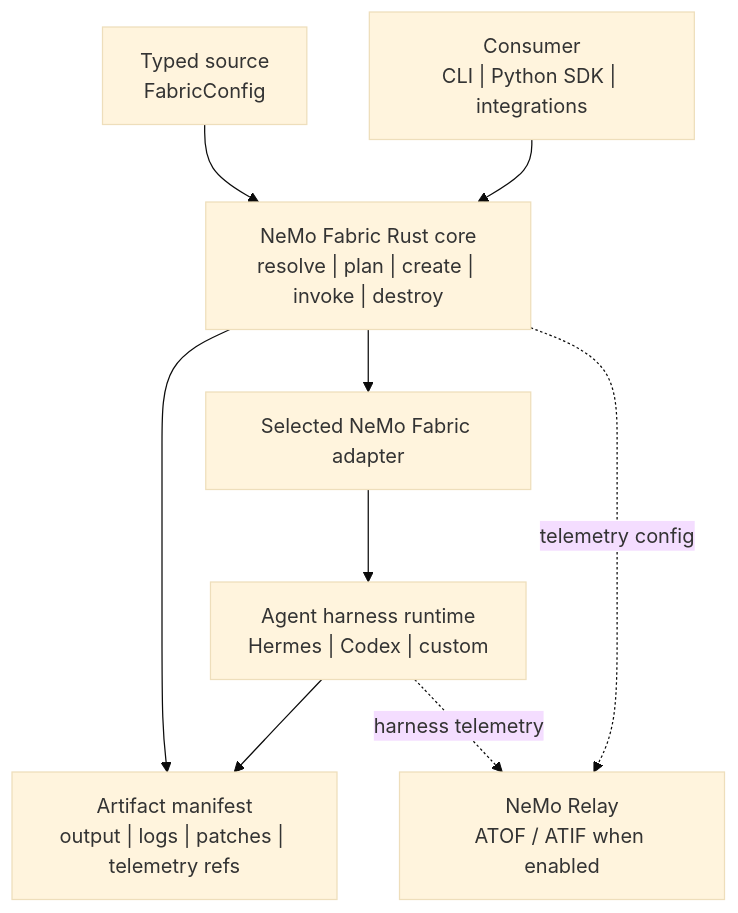
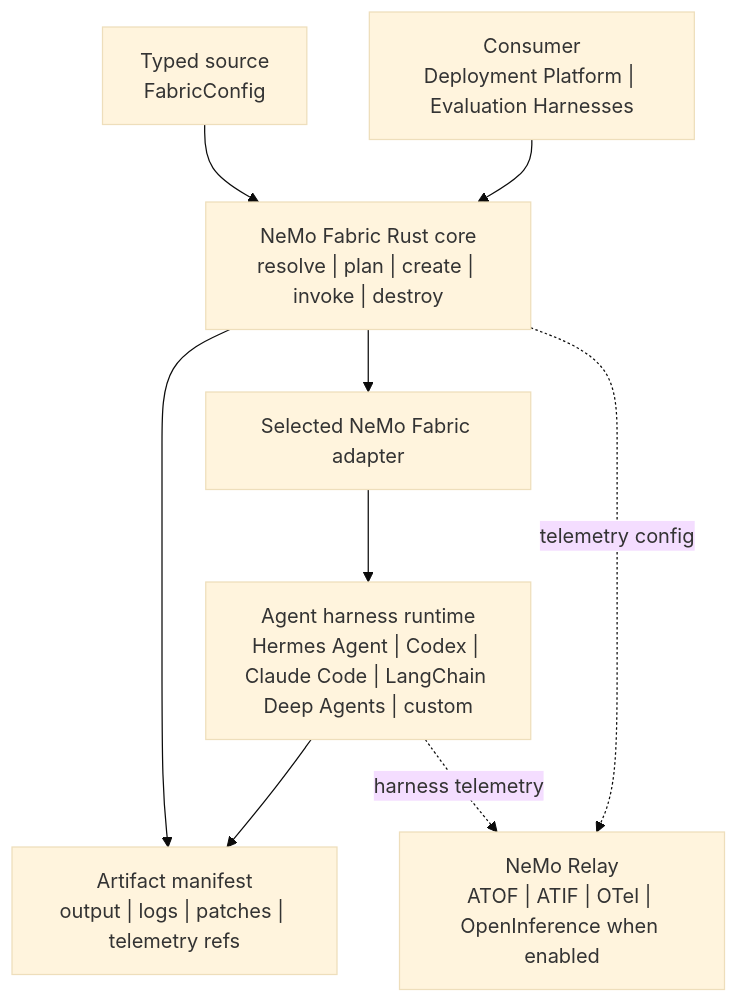
Before and after one commit to NVIDIA/NeMo-Fabric: the diagram in README.md, drawn with Mermaid (base theme). The commit also changed other lines of this file, not shown here.

````diff
--- a/README.md
+++ b/README.md
@@ -107,19 +91,19 @@
 ```mermaid
 flowchart TB
-  Consumer["Consumer\nCLI | Python SDK | integrations"]
+  Consumer["Consumer\nDeployment Platform | Evaluation Harnesses"]
   Config["Typed source\nFabricConfig"]
   Core["NeMo Fabric Rust core\nresolve | plan | create | invoke | destroy"]
   Adapter["Selected NeMo Fabric adapter"]
-  Harness["Agent harness runtime\nHermes | Codex | custom"]
+  Harness["Agent harness runtime\nHermes Agent | Codex | Claude Code | LangChain Deep Agents | custom"]
   Artifacts["Artifact manifest\noutput | logs | patches | telemetry refs"]
-  Relay["NeMo Relay\nATOF / ATIF when enabled"]
+  Relay["NeMo Relay\nATOF | ATIF | OTel | OpenInference when enabled"]
 
   Consumer --> Core
   Config --> Core
   Core --> Adapter
   Adapter --> Harness
   Harness --> Artifacts
   Core --> Artifacts
   Core -. telemetry config .-> Relay
   Harness -. harness telemetry .-> Relay
 ```
````
